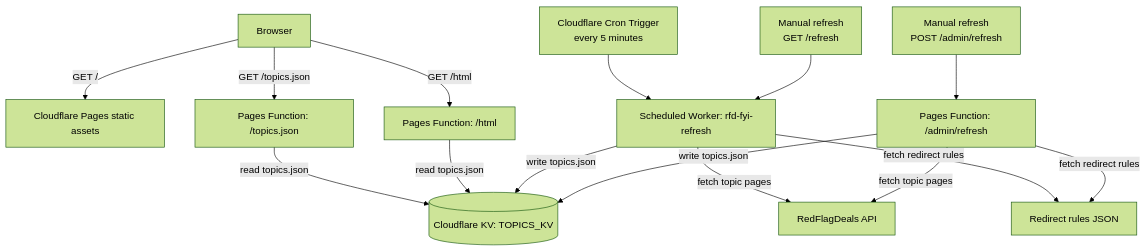
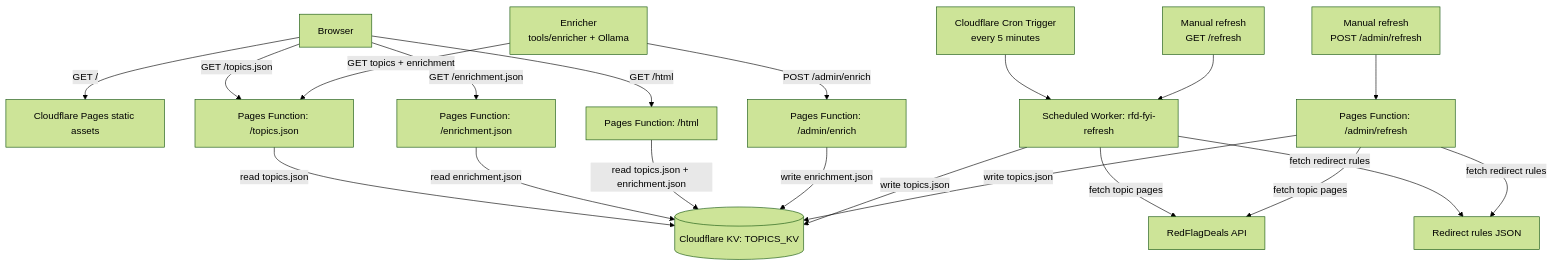
One commit to davegallant/rfd-fyi changed the diagram in README.md. Above: the diagram before and after it, drawn with Mermaid (forest theme). The commit also changed other lines of this file and 23 other files, not shown here.

````diff
--- a/README.md
+++ b/README.md
@@ -9,20 +9,26 @@
 ```mermaid
 flowchart TD
   Browser[Browser] -->|GET /| Pages[Cloudflare Pages static assets]
   Browser -->|GET /topics.json| TopicsFn[Pages Function: /topics.json]
+  Browser -->|GET /enrichment.json| EnrichFn[Pages Function: /enrichment.json]
   Browser -->|GET /html| HtmlFn[Pages Function: /html]
 
   TopicsFn -->|read topics.json| KV[(Cloudflare KV: TOPICS_KV)]
-  HtmlFn -->|read topics.json| KV
+  EnrichFn -->|read enrichment.json| KV
+  HtmlFn -->|read topics.json + enrichment.json| KV
+
+  Enricher[Enricher<br/>tools/enricher + Ollama] -->|GET topics + enrichment| TopicsFn
+  Enricher -->|POST /admin/enrich| EnrichAdmin[Pages Function: /admin/enrich]
+  EnrichAdmin -->|write enrichment.json| KV
 
   Cron[Cloudflare Cron Trigger<br/>every 5 minutes] --> RefreshWorker[Scheduled Worker: rfd-fyi-refresh]
   RefreshWorker -->|fetch topic pages| RFD[RedFlagDeals API]
   RefreshWorker -->|fetch redirect rules| Redirects[Redirect rules JSON]
   RefreshWorker -->|write topics.json| KV
 
   AdminPages[Manual refresh<br/>POST /admin/refresh] --> TopicsRefreshFn[Pages Function: /admin/refresh]
   AdminWorker[Manual refresh<br/>GET /refresh] --> RefreshWorker
   TopicsRefreshFn -->|fetch topic pages| RFD
   TopicsRefreshFn -->|fetch redirect rules| Redirects
   TopicsRefreshFn -->|write topics.json| KV
 ```
````
